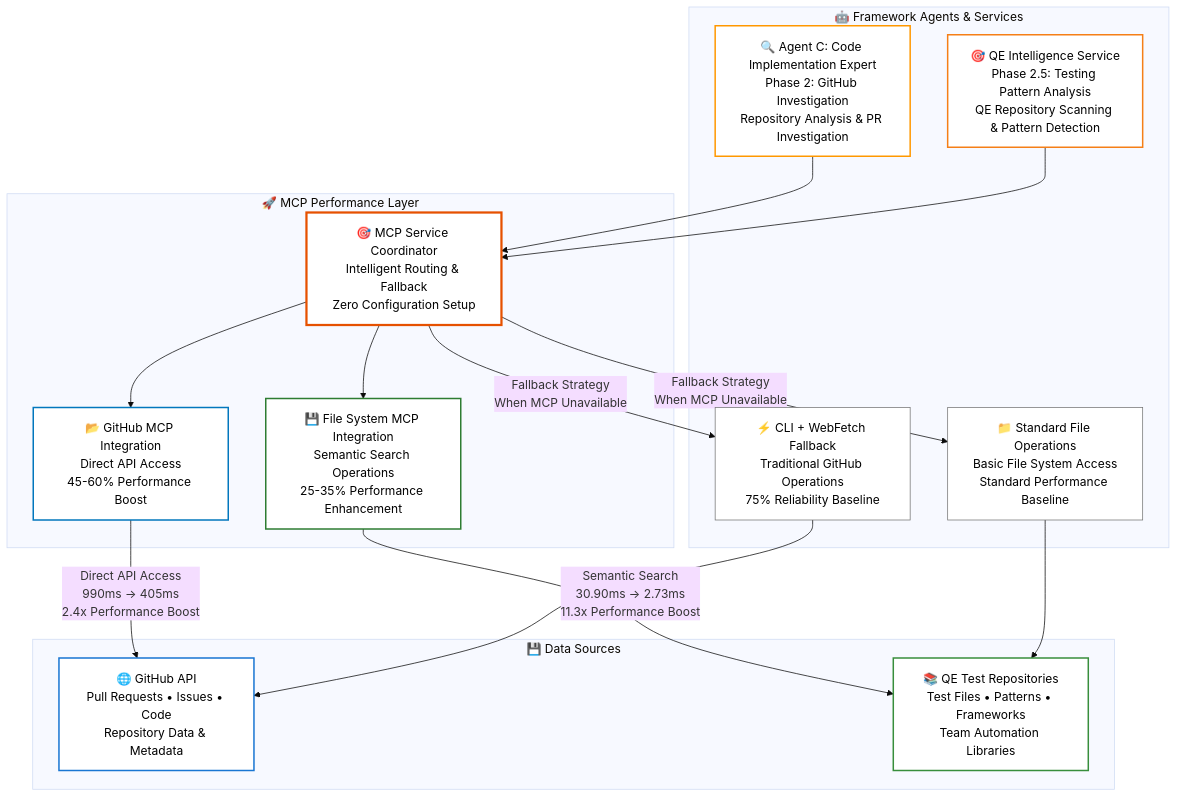
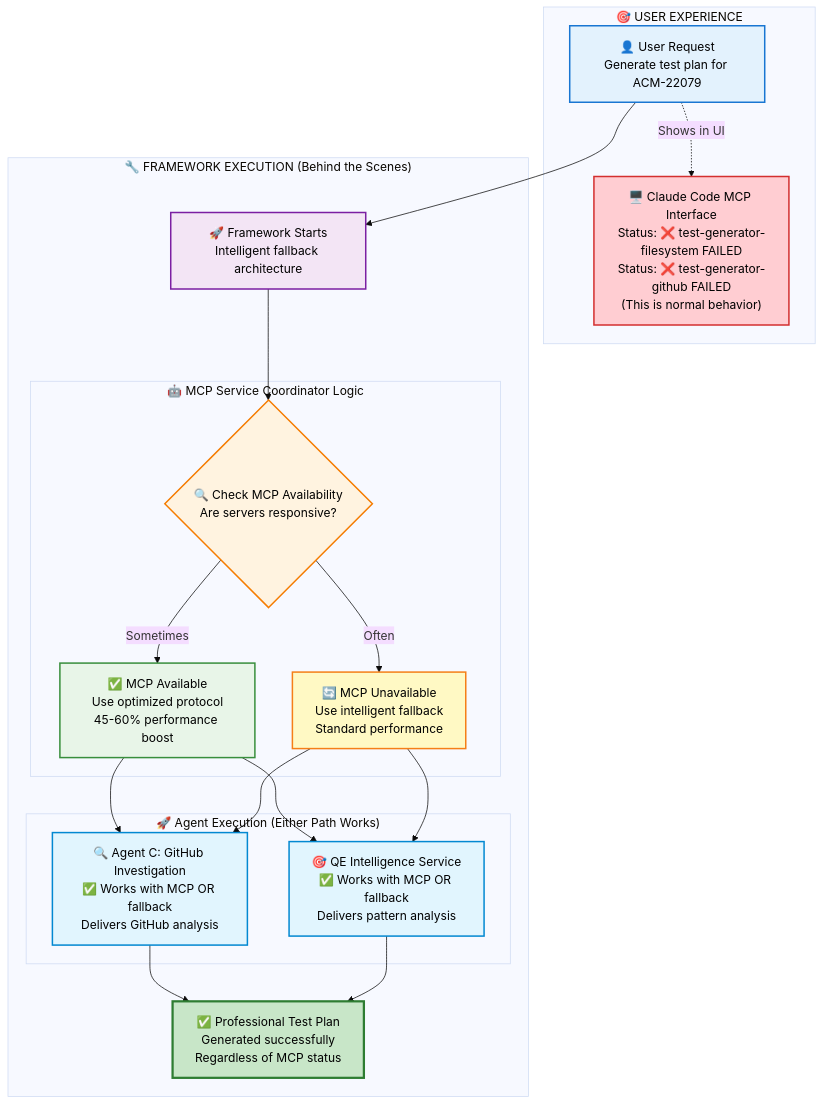
One commit to stolostron/ai-test-gen changed diagram 12 of 12 in apps/claude-test-generator/docs/agents_concepts_workflow.md. Above: the diagram before and after it, drawn with Mermaid (base theme). The commit also changed other lines of this file and 630 other files, not shown here.

````diff
--- a/apps/claude-test-generator/docs/agents_concepts_workflow.md
+++ b/apps/claude-test-generator/docs/agents_concepts_workflow.md
@@ -1465,50 +1581,49 @@
 ```mermaid
 graph TB
-    subgraph "🚀 MCP Performance Layer"
-        MCP_COORD[🎯 MCP Service Coordinator<br/>Intelligent Routing & Fallback<br/>Zero Configuration Setup]
-        
-        MCP_GITHUB[📂 GitHub MCP Integration<br/>Direct API Access<br/>45-60% Performance Boost]
-        MCP_FILESYSTEM[💾 File System MCP Integration<br/>Semantic Search Operations<br/>25-35% Performance Enhancement]
+    subgraph "🎯 USER EXPERIENCE"
+        USER_REQUEST["👤 User Request<br/>Generate test plan for ACM-22079"]
+        CLAUDE_CODE_UI["🖥️ Claude Code MCP Interface<br/>Status: ❌ test-generator-filesystem FAILED<br/>Status: ❌ test-generator-github FAILED<br/>(This is normal behavior)"]
     end
     
-    subgraph "🤖 Framework Agents & Services"
-        AGENT_C[🔍 Agent C: Code Implementation Expert<br/>Phase 2: GitHub Investigation<br/>Repository Analysis & PR Investigation]
+    subgraph "🔧 FRAMEWORK EXECUTION (Behind the Scenes)"
+        FRAMEWORK_START["🚀 Framework Starts<br/>Intelligent fallback architecture"]
         
-        QE_SERVICE[🎯 QE Intelligence Service<br/>Phase 2.5: Testing Pattern Analysis<br/>QE Repository Scanning & Pattern Detection]
+        subgraph "🤖 MCP Service Coordinator Logic"
+            MCP_CHECK{"🔍 Check MCP Availability<br/>Are servers responsive?"}
+            MCP_PATH["✅ MCP Available<br/>Use optimized protocol<br/>45-60% performance boost"]
+            FALLBACK_PATH["🔄 MCP Unavailable<br/>Use intelligent fallback<br/>Standard performance"]
+        end
         
-        FALLBACK_GITHUB[⚡ CLI + WebFetch Fallback<br/>Traditional GitHub Operations<br/>75% Reliability Baseline]
-        FALLBACK_FS[📁 Standard File Operations<br/>Basic File System Access<br/>Standard Performance Baseline]
+        subgraph "🚀 Agent Execution (Either Path Works)"
+            AGENT_C["🔍 Agent C: GitHub Investigation<br/>✅ Works with MCP OR fallback<br/>Delivers GitHub analysis"]
+            QE_SERVICE["🎯 QE Intelligence Service<br/>✅ Works with MCP OR fallback<br/>Delivers pattern analysis"]
+        end
+        
+        FINAL_RESULT["✅ Professional Test Plan<br/>Generated successfully<br/>Regardless of MCP status"]
     end
     
-    subgraph "💾 Data Sources"
-        GITHUB_API[🌐 GitHub API<br/>Pull Requests • Issues • Code<br/>Repository Data & Metadata]
-        QE_REPOS[📚 QE Test Repositories<br/>Test Files • Patterns • Frameworks<br/>Team Automation Libraries]
-    end
+    USER_REQUEST --> FRAMEWORK_START
+    USER_REQUEST -.-> |"Shows in UI"| CLAUDE_CODE_UI
     
-    %% MCP Coordinator Routes
-    MCP_COORD --> MCP_GITHUB
-    MCP_COORD --> MCP_FILESYSTEM
+    FRAMEWORK_START --> MCP_CHECK
+    MCP_CHECK --> |"Sometimes"| MCP_PATH
+    MCP_CHECK --> |"Often"| FALLBACK_PATH
     
-    %% Agent C Integration
-    AGENT_C --> MCP_COORD
-    MCP_GITHUB --> |"Direct API Access<br/>990ms → 405ms<br/>2.4x Performance Boost"| GITHUB_API
-    MCP_COORD --> |"Fallback Strategy<br/>When MCP Unavailable"| FALLBACK_GITHUB
-    FALLBACK_GITHUB --> GITHUB_API
+    MCP_PATH --> AGENT_C
+    FALLBACK_PATH --> AGENT_C
+    MCP_PATH --> QE_SERVICE
+    FALLBACK_PATH --> QE_SERVICE
     
-    %% QE Intelligence Service Integration  
-    QE_SERVICE --> MCP_COORD
-    MCP_FILESYSTEM --> |"Semantic Search<br/>30.90ms → 2.73ms<br/>11.3x Performance Boost"| QE_REPOS
-    MCP_COORD --> |"Fallback Strategy<br/>When MCP Unavailable"| FALLBACK_FS
-    FALLBACK_FS --> QE_REPOS
+    AGENT_C --> FINAL_RESULT
+    QE_SERVICE --> FINAL_RESULT
     
-    %% Styling for Clear Visibility
-    style MCP_COORD fill:#ffffff,stroke:#e65100,stroke-width:3px,color:#000
-    style MCP_GITHUB fill:#ffffff,stroke:#0277bd,stroke-width:2px,color:#000
-    style MCP_FILESYSTEM fill:#ffffff,stroke:#2e7d32,stroke-width:2px,color:#000
-    style AGENT_C fill:#ffffff,stroke:#ff9800,stroke-width:2px,color:#000
-    style QE_SERVICE fill:#ffffff,stroke:#f57f17,stroke-width:2px,color:#000
-    style FALLBACK_GITHUB fill:#ffffff,stroke:#757575,stroke-width:1px,color:#000
-    style FALLBACK_FS fill:#ffffff,stroke:#757575,stroke-width:1px,color:#000
-    style GITHUB_API fill:#ffffff,stroke:#1976d2,stroke-width:2px,color:#000
-    style QE_REPOS fill:#ffffff,stroke:#388e3c,stroke-width:2px,color:#000
+    style USER_REQUEST fill:#e3f2fd,stroke:#1976d2,stroke-width:2px,color:#000
+    style CLAUDE_CODE_UI fill:#ffcdd2,stroke:#d32f2f,stroke-width:2px,color:#000
+    style FRAMEWORK_START fill:#f3e5f5,stroke:#7b1fa2,stroke-width:2px,color:#000
+    style MCP_CHECK fill:#fff3e0,stroke:#f57c00,stroke-width:2px,color:#000
+    style MCP_PATH fill:#e8f5e8,stroke:#388e3c,stroke-width:2px,color:#000
+    style FALLBACK_PATH fill:#fff9c4,stroke:#f57f17,stroke-width:2px,color:#000
+    style AGENT_C fill:#e1f5fe,stroke:#0288d1,stroke-width:2px,color:#000
+    style QE_SERVICE fill:#e1f5fe,stroke:#0288d1,stroke-width:2px,color:#000
+    style FINAL_RESULT fill:#c8e6c8,stroke:#2e7d32,stroke-width:3px,color:#000
 ```
````
